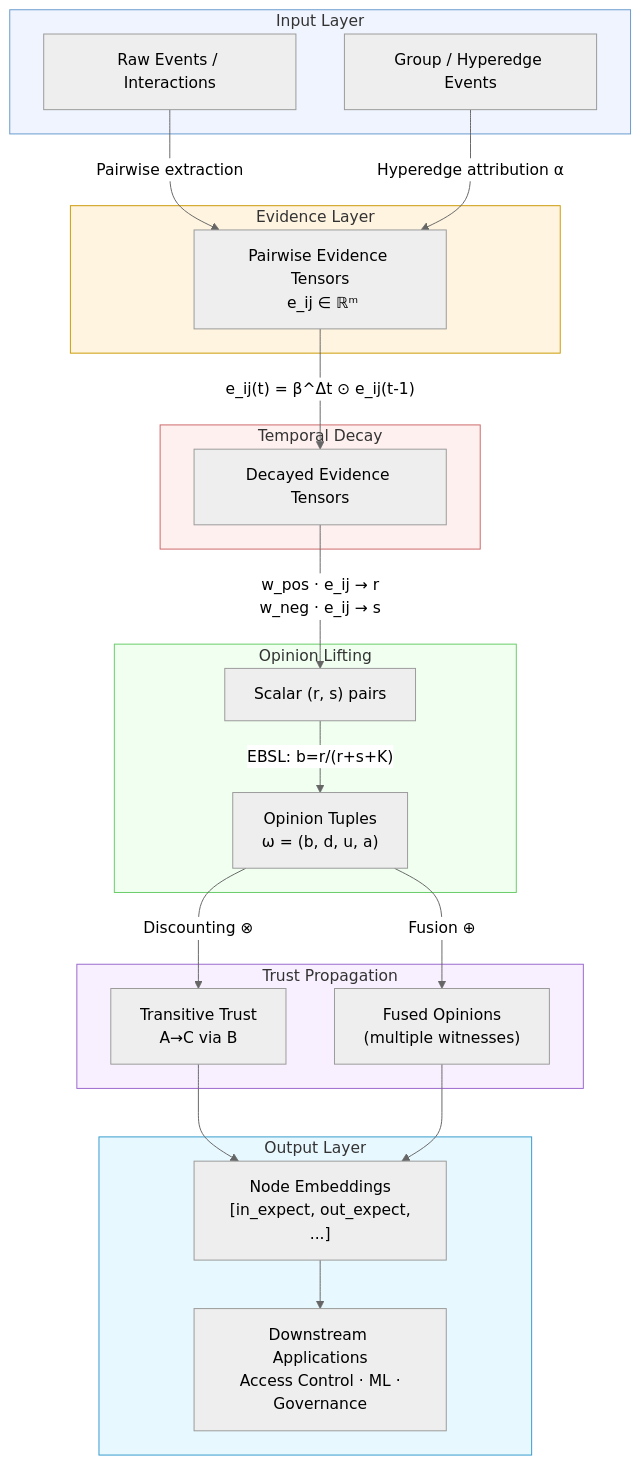
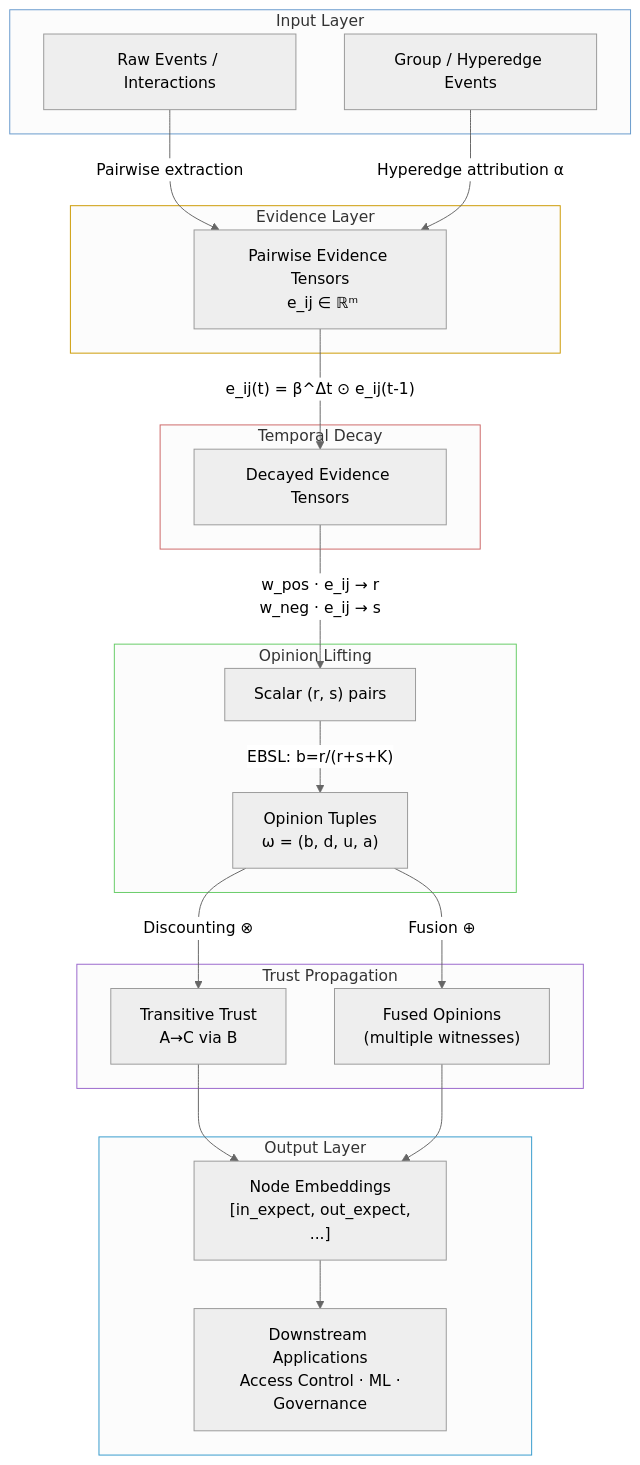
One commit to Steake/EQBSL changed the first of 7 diagrams in rust/README.md. Above: the diagram before and after it, drawn with Mermaid (neutral theme). The commit also changed other lines of this file, not shown here.

Commit message:
docs(rust): fix mermaid diagram styles for readability in all themes

````diff
--- a/rust/README.md
+++ b/rust/README.md
@@ -64,39 +64,39 @@
 ```mermaid
 graph TD
     subgraph Input["Input Layer"]
         RE[Raw Events / Interactions]
         HE[Group / Hyperedge Events]
     end
 
     subgraph Evidence["Evidence Layer"]
         RE -->|Pairwise extraction| PE["Pairwise Evidence Tensors\n e_ij ∈ ℝᵐ"]
         HE -->|Hyperedge attribution α| PE
     end
 
     subgraph Decay["Temporal Decay"]
         PE -->|"e_ij(t) = β^Δt ⊙ e_ij(t-1)"| DE["Decayed Evidence Tensors"]
     end
 
     subgraph Opinion["Opinion Lifting"]
         DE -->|"w_pos · e_ij → r\nw_neg · e_ij → s"| RS["Scalar (r, s) pairs"]
         RS -->|"EBSL: b=r/(r+s+K)"| OP["Opinion Tuples\n ω = (b, d, u, a)"]
     end
 
     subgraph Propagation["Trust Propagation"]
         OP -->|"Discounting ⊗"| TR["Transitive Trust\n A→C via B"]
         OP -->|"Fusion ⊕"| FU["Fused Opinions\n (multiple witnesses)"]
     end
 
     subgraph Output["Output Layer"]
         TR --> EMB["Node Embeddings\n [in_expect, out_expect, ...]"]
         FU --> EMB
         EMB --> APP["Downstream Applications\n Access Control · ML · Governance"]
     end
 
-    style Input fill:#f0f4ff,stroke:#6699cc
-    style Evidence fill:#fff4e0,stroke:#cc9900
-    style Decay fill:#fff0f0,stroke:#cc6666
-    style Opinion fill:#f0fff0,stroke:#66cc66
-    style Propagation fill:#f8f0ff,stroke:#9966cc
-    style Output fill:#e8f8ff,stroke:#3399cc
+    style Input stroke:#6699cc
+    style Evidence stroke:#cc9900
+    style Decay stroke:#cc6666
+    style Opinion stroke:#66cc66
+    style Propagation stroke:#9966cc
+    style Output stroke:#3399cc
 ```
````
